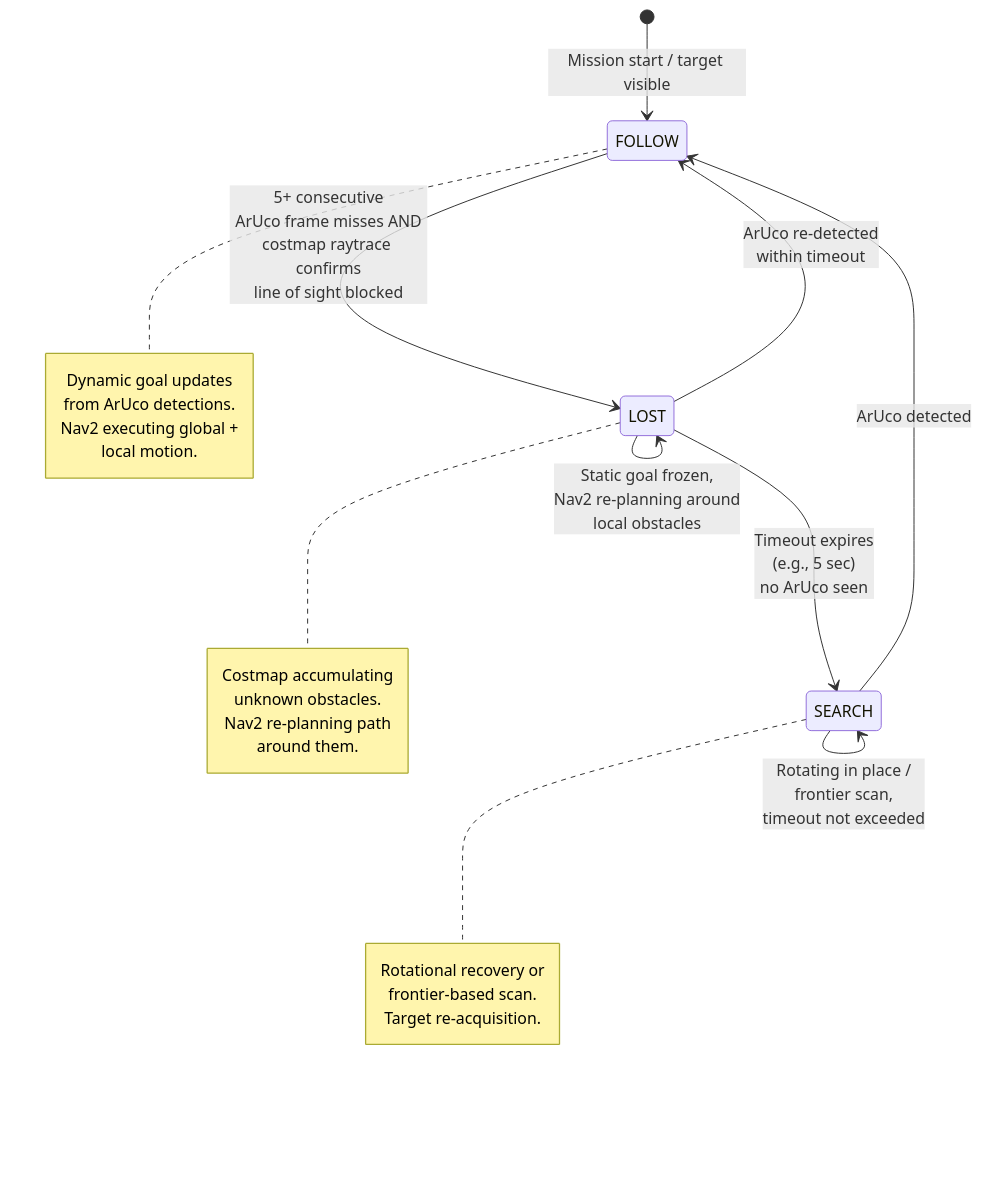
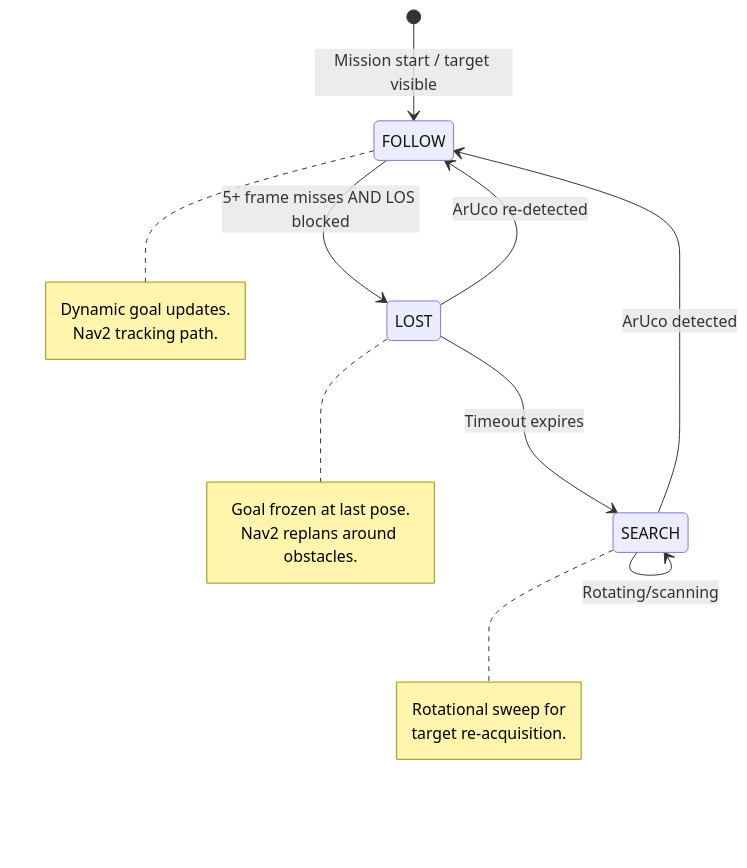
Before and after one commit to Mobile-Robots-UGV/mobile-robots-UGV.github.io: the second of 2 diagrams in page_3.md, drawn with Mermaid. The commit also changed other lines of this file, not shown here.

Commit message:
Update page_3.md: Restore full architecture documentation with Perception-Estimation-Planning-Actuation structure, module declaration table, and detailed intent writeups for Library and Custom modules

````diff
--- a/page_3.md
+++ b/page_3.md
@@ -127,36 +60,24 @@
 ```mermaid
 stateDiagram-v2
     [*] --> FOLLOW: Mission start / target visible
-
-    FOLLOW --> LOST: 5+ consecutive<br/>ArUco frame misses AND<br/>costmap raytrace confirms<br/>line of sight blocked
-
-    LOST --> FOLLOW: ArUco re-detected<br/>within timeout
-
-    LOST --> SEARCH: Timeout expires<br/>(e.g., 5 sec)<br/>no ArUco seen
-
+    FOLLOW --> LOST: 5+ frame misses AND LOS blocked
+    LOST --> FOLLOW: ArUco re-detected
+    LOST --> SEARCH: Timeout expires
     SEARCH --> FOLLOW: ArUco detected
-
-    SEARCH --> SEARCH: Rotating in place /<br/>frontier scan,<br/>timeout not exceeded
-
-    LOST --> LOST: Static goal frozen,<br/>Nav2 re-planning around<br/>local obstacles
+    SEARCH --> SEARCH: Rotating/scanning
 
     note right of FOLLOW
-        Dynamic goal updates
-        from ArUco detections.
-        Nav2 executing global +
-        local motion.
+        Dynamic goal updates.
+        Nav2 tracking path.
     end note
 
     note right of LOST
-        Costmap accumulating
-        unknown obstacles.
-        Nav2 re-planning path
-        around them.
+        Goal frozen at last pose.
+        Nav2 replans around obstacles.
     end note
 
     note right of SEARCH
-        Rotational recovery or
-        frontier-based scan.
-        Target re-acquisition.
+        Rotational sweep for
+        target re-acquisition.
     end note
 ```
````
